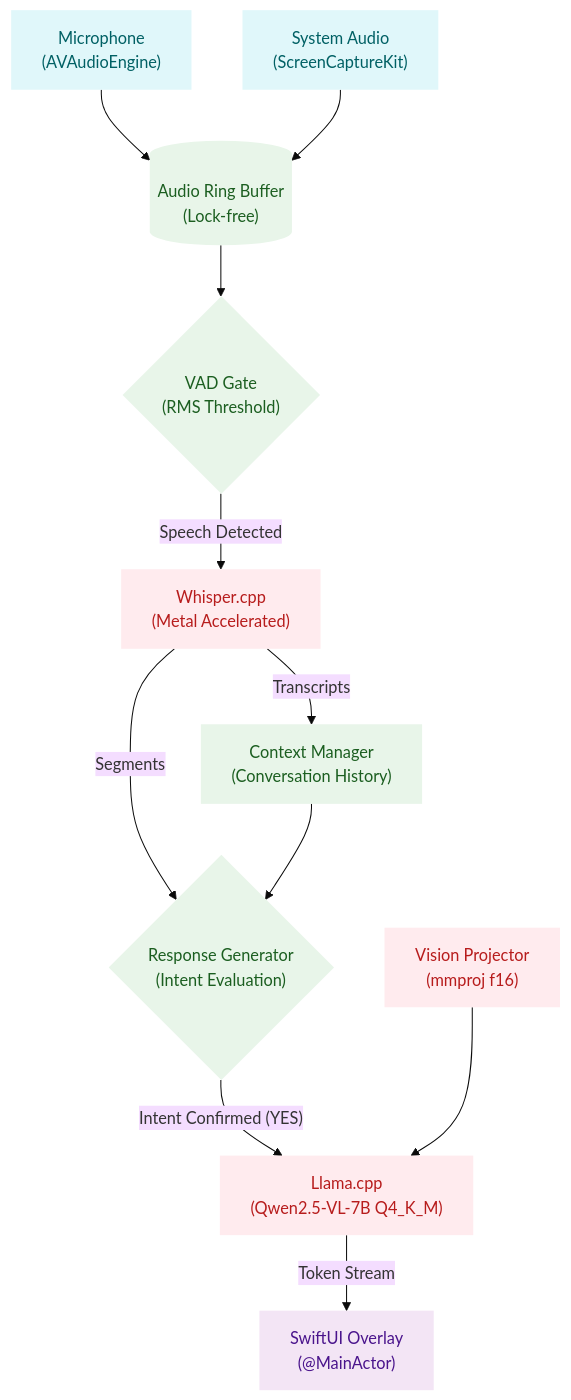
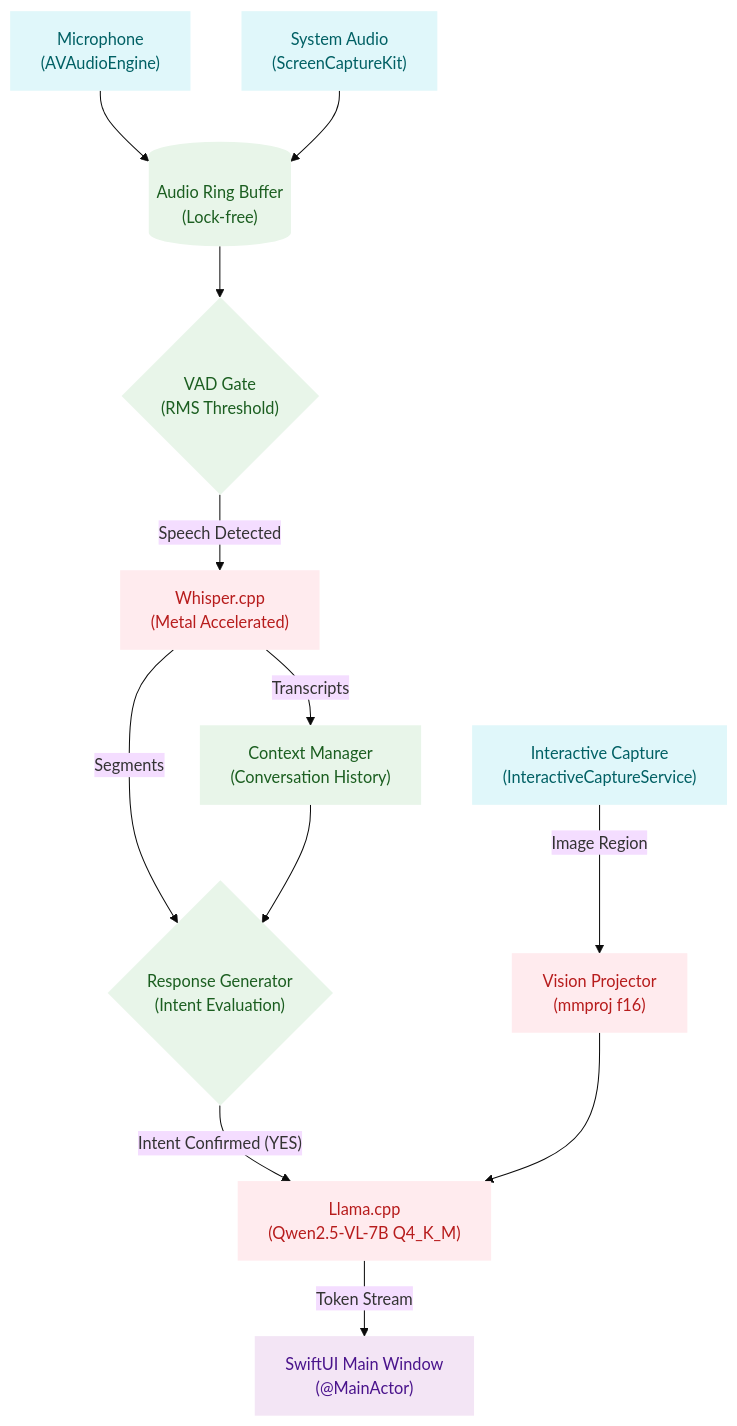
The diagram in README.md (BGYKanishka/butler), drawn with Mermaid (base theme) before and after one commit. The commit also changed other lines of this file and 12 other files, not shown here.

````diff
--- a/README.md
+++ b/README.md
@@ -9,33 +9,35 @@
 ```mermaid
 graph TD
     %% Styling (Light & Clean)
     classDef native fill:#e0f7fa,stroke:none,stroke-width:0px,color:#006064
     classDef engine fill:#ffebee,stroke:none,stroke-width:0px,color:#b71c1c
     classDef logic fill:#e8f5e9,stroke:none,stroke-width:0px,color:#1b5e20
     classDef ui fill:#f3e5f5,stroke:none,stroke-width:0px,color:#4a148c
 
     Mic["Microphone\n(AVAudioEngine)"]:::native
     SysAudio["System Audio\n(ScreenCaptureKit)"]:::native
+    ScreenCap["Interactive Capture\n(InteractiveCaptureService)"]:::native
     RingBuffer[("Audio Ring Buffer\n(Lock-free)")]:::logic
 
     VAD{"VAD Gate\n(RMS Threshold)"}:::logic
     Whisper["Whisper.cpp\n(Metal Accelerated)"]:::engine
     Context["Context Manager\n(Conversation History)"]:::logic
 
     Intent{"Response Generator\n(Intent Evaluation)"}:::logic
     Llama["Llama.cpp\n(Qwen2.5-VL-7B Q4_K_M)"]:::engine
     Mmproj["Vision Projector\n(mmproj f16)"]:::engine
 
-    Overlay["SwiftUI Overlay\n(@MainActor)"]:::ui
+    MainWindow["SwiftUI Main Window\n(@MainActor)"]:::ui
 
     Mic --> RingBuffer
     SysAudio --> RingBuffer
     RingBuffer --> VAD
     VAD -- "Speech Detected" --> Whisper
     Whisper -- "Transcripts" --> Context
     Whisper -- "Segments" --> Intent
     Context --> Intent
     Intent -- "Intent Confirmed (YES)" --> Llama
+    ScreenCap -- "Image Region" --> Mmproj
     Mmproj --> Llama
-    Llama -- "Token Stream" --> Overlay
+    Llama -- "Token Stream" --> MainWindow
 ```
````
